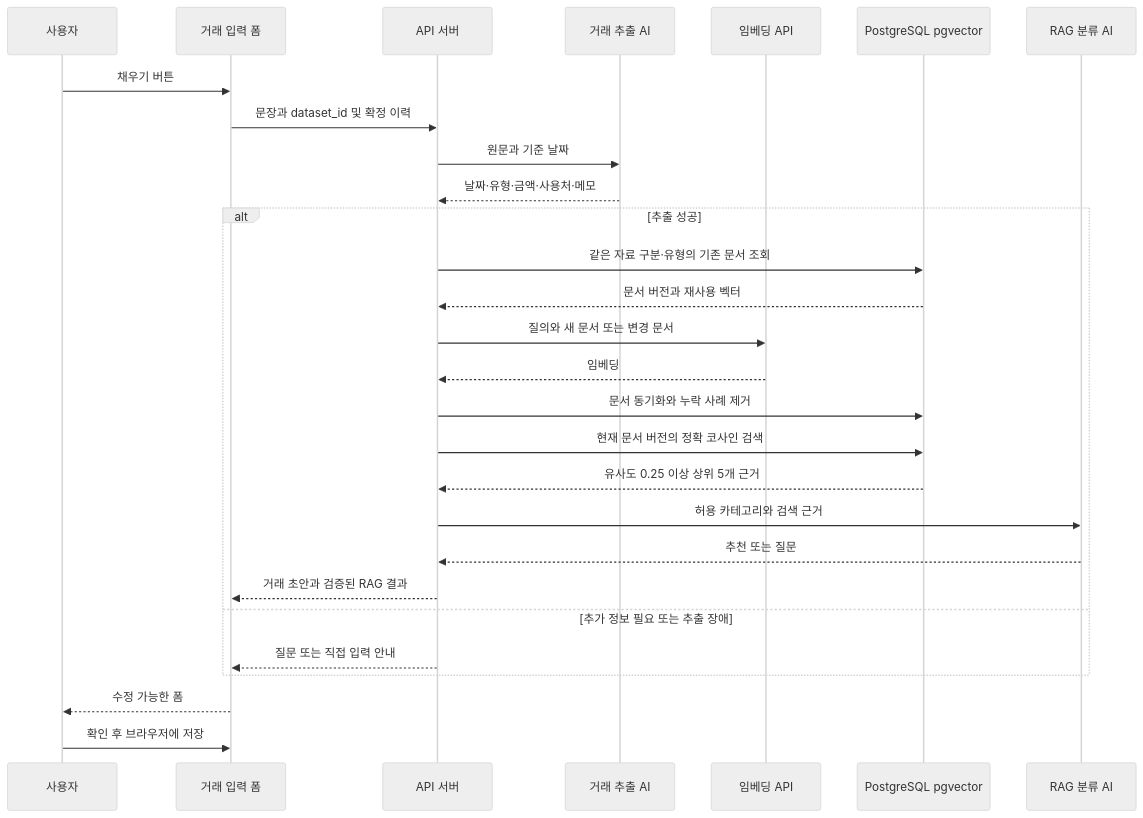
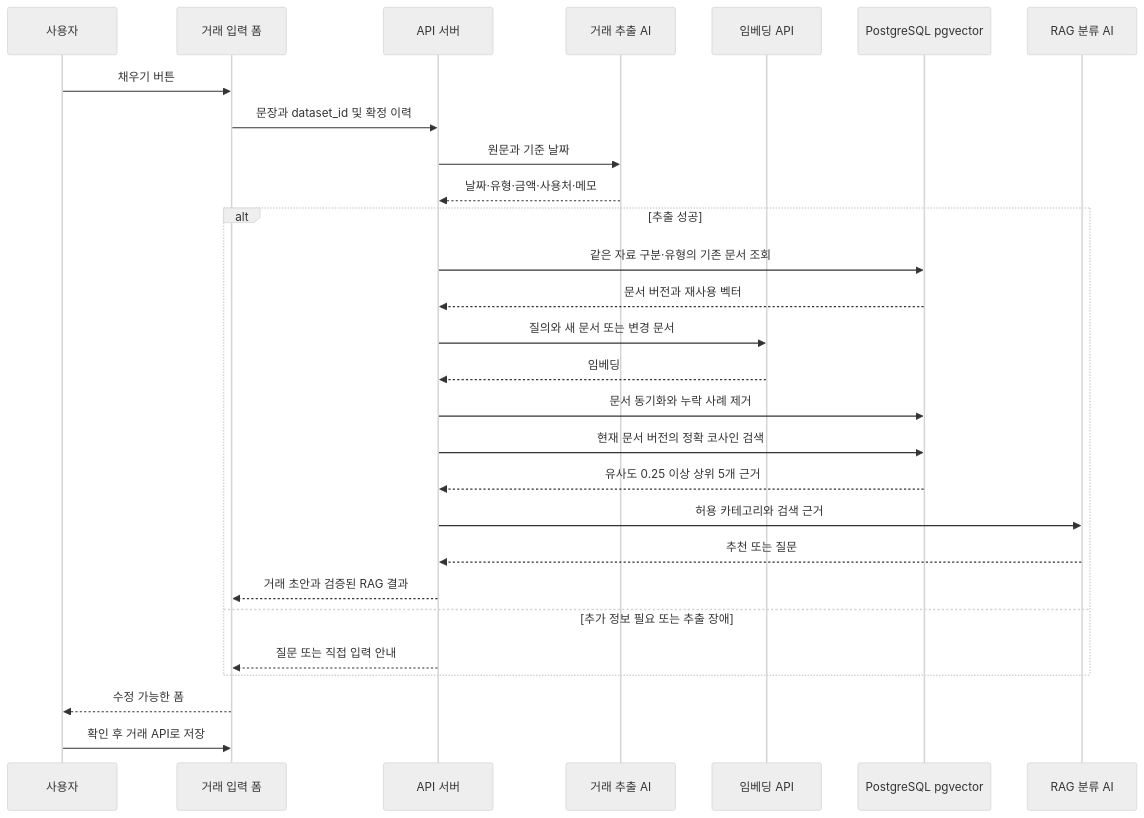
Before and after one commit to hyeon81/account_book: the diagram in docs/ai/category-rag.md, drawn with Mermaid (neutral theme). The commit also changed other lines of this file and 19 other files, not shown here.

````diff
--- a/docs/ai/category-rag.md
+++ b/docs/ai/category-rag.md
@@ -28,30 +28,30 @@
 ```mermaid
 sequenceDiagram
     participant U as 사용자
     participant UI as 거래 입력 폼
     participant S as API 서버
     participant X as 거래 추출 AI
     participant E as 임베딩 API
     participant DB as PostgreSQL pgvector
     participant C as RAG 분류 AI
     U->>UI: 채우기 버튼
     UI->>S: 문장과 dataset_id 및 확정 이력
     S->>X: 원문과 기준 날짜
     X-->>S: 날짜·유형·금액·사용처·메모
     alt 추출 성공
         S->>DB: 같은 자료 구분·유형의 기존 문서 조회
         DB-->>S: 문서 버전과 재사용 벡터
         S->>E: 질의와 새 문서 또는 변경 문서
         E-->>S: 임베딩
         S->>DB: 문서 동기화와 누락 사례 제거
         S->>DB: 현재 문서 버전의 정확 코사인 검색
         DB-->>S: 유사도 0.25 이상 상위 5개 근거
         S->>C: 허용 카테고리와 검색 근거
         C-->>S: 추천 또는 질문
         S-->>UI: 거래 초안과 검증된 RAG 결과
     else 추가 정보 필요 또는 추출 장애
         S-->>UI: 질문 또는 직접 입력 안내
     end
     UI-->>U: 수정 가능한 폼
-    U->>UI: 확인 후 브라우저에 저장
+    U->>UI: 확인 후 거래 API로 저장
 ```
````
